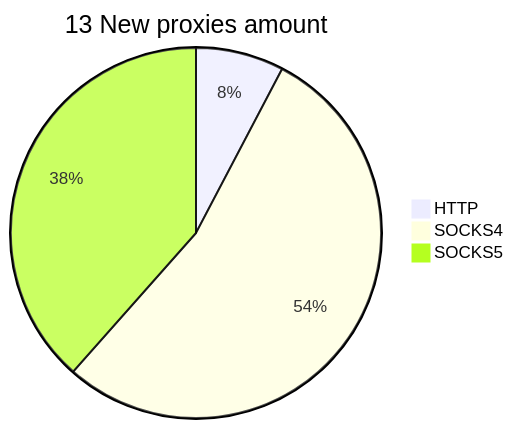
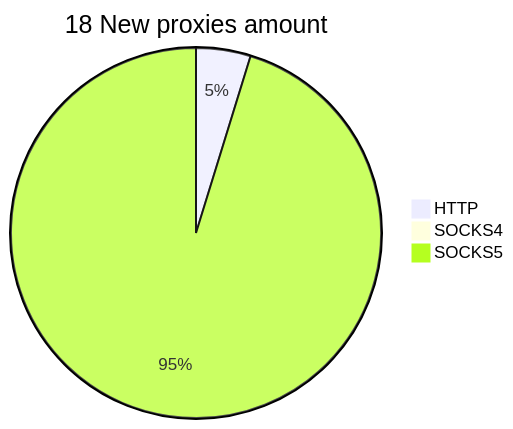
The second of 2 diagrams in README.md (cutipu/proxylist), drawn with Mermaid before and after one commit. The commit also changed other lines of this file, not shown here.

````diff
--- a/README.md
+++ b/README.md
@@ -10,6 +10,6 @@
 ```mermaid
-pie title 13 New proxies amount
+pie title 18 New proxies amount
     "HTTP" : 1
-    "SOCKS4" : 7
-    "SOCKS5" : 5
+    "SOCKS4" : 0
+    "SOCKS5" : 20
 ```
````
